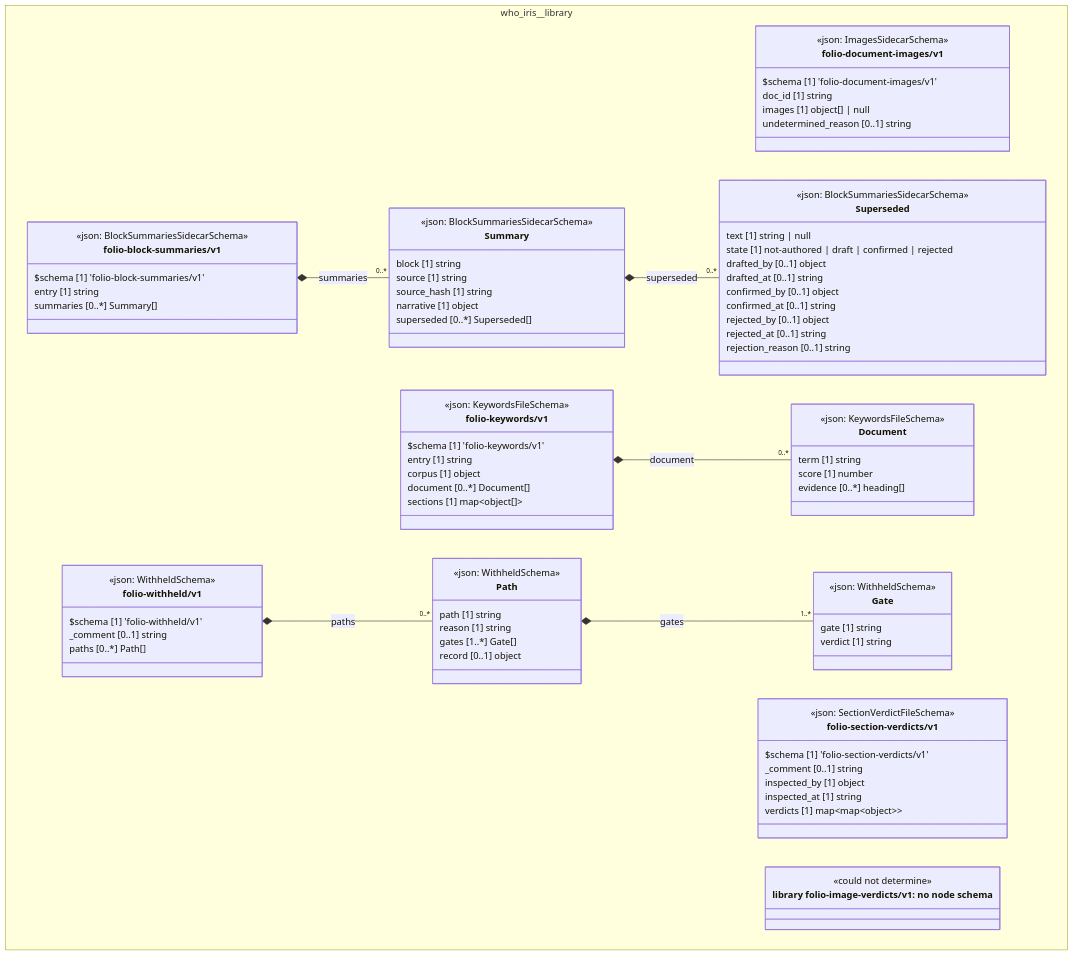
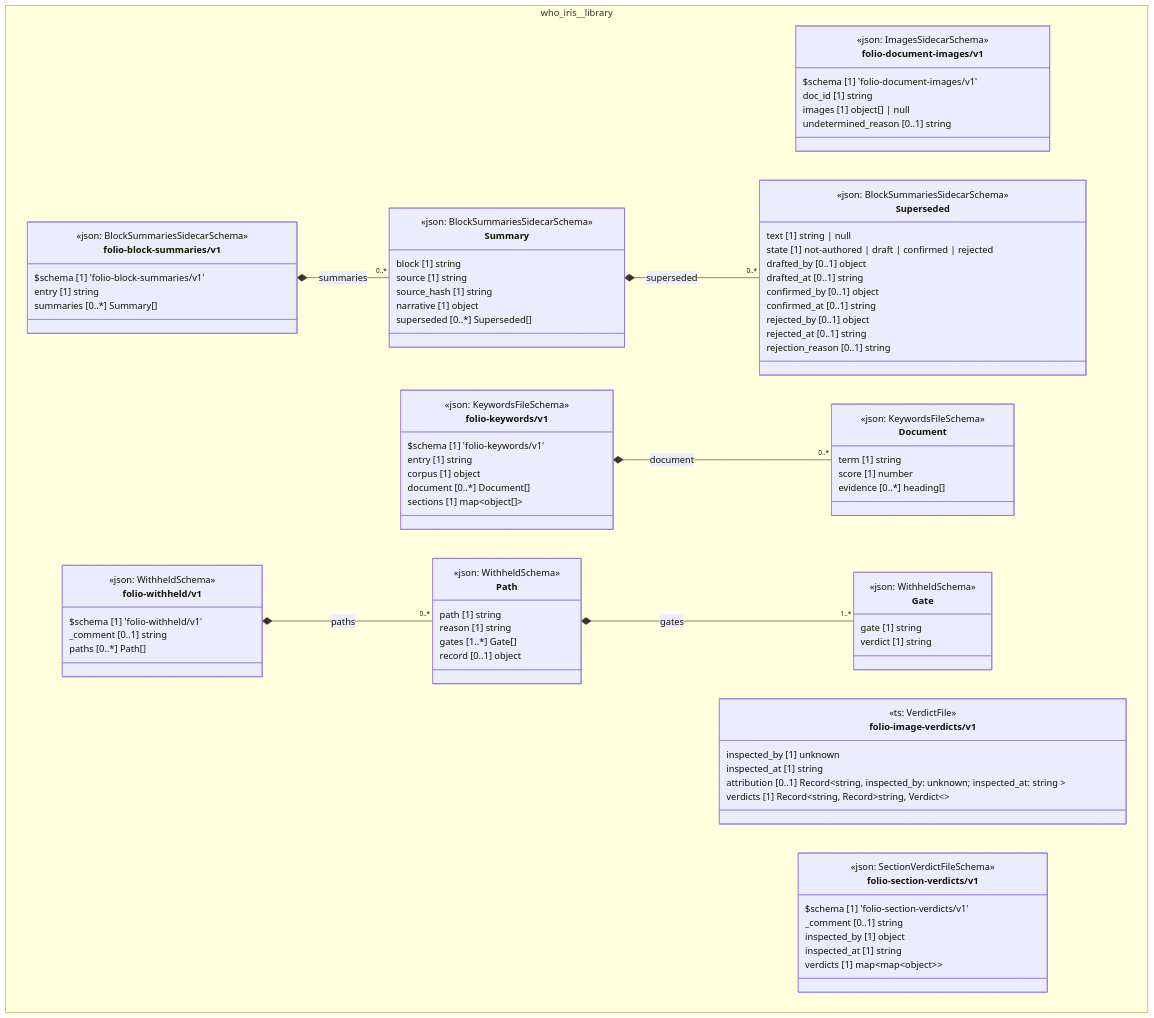
One commit to litlfred/cat-harness changed the diagram in docs/uml/overview/who-iris/library.md. Above: the diagram before and after it, drawn with Mermaid. The commit also changed other lines of this file and 404 other files, not shown here.

````diff
--- a/docs/uml/overview/who-iris/library.md
+++ b/docs/uml/overview/who-iris/library.md
@@ -54,6 +54,13 @@
       doc_id [1] string
       images [1] object[] | null
       undetermined_reason [0..1] string
+    }
+    class who_iris_library_folio_image_verdicts_v1["folio-image-verdicts/v1"] {
+      <<ts: VerdictFile>>
+      inspected_by [1] unknown
+      inspected_at [1] string
+      attribution [0..1] Record~string,  inspected_by: unknown; inspected_at: string ~
+      verdicts [1] Record~string, Record~string, Verdict~~
     }
     class who_iris_library_folio_section_verdicts_v1_folio_section_verdicts_v1["folio-section-verdicts/v1"] {
       <<json: SectionVerdictFileSchema>>
@@ -121,9 +128,6 @@
       _comment [0..1] string
       paths [0..*] Path[]
     }
-    class n_who_iris_library_library_folio_image_verdicts_v1["library folio-image-verdicts/v1: no node schema"] {
-      <<could not determine>>
-    }
   }
   who_iris_library_folio_block_summaries_v1_Summary *-- "0..*" who_iris_library_folio_block_summaries_v1_Superseded : superseded
   who_iris_library_folio_block_summaries_v1_folio_block_summaries_v1 *-- "0..*" who_iris_library_folio_block_summaries_v1_Summary : summaries
@@ -131,6 +135,7 @@
   who_iris_library_folio_withheld_v1_Path *-- "1..*" who_iris_library_folio_withheld_v1_Gate : gates
   who_iris_library_folio_withheld_v1_folio_withheld_v1 *-- "0..*" who_iris_library_folio_withheld_v1_Path : paths
   cssClass "who_iris_library_folio_document_images_v1_folio_document_images_v1" fa_uml_kind_library
+  cssClass "who_iris_library_folio_image_verdicts_v1" fa_uml_kind_library
   cssClass "who_iris_library_folio_section_verdicts_v1_folio_section_verdicts_v1" fa_uml_kind_library
   cssClass "who_iris_library_folio_block_summaries_v1_Superseded" fa_uml_kind_library
   cssClass "who_iris_library_folio_block_summaries_v1_Summary" fa_uml_kind_library
@@ -140,6 +145,4 @@
   cssClass "who_iris_library_folio_withheld_v1_Gate" fa_uml_kind_library
   cssClass "who_iris_library_folio_withheld_v1_Path" fa_uml_kind_library
   cssClass "who_iris_library_folio_withheld_v1_folio_withheld_v1" fa_uml_kind_library
-  cssClass "n_who_iris_library_library_folio_image_verdicts_v1" fa_uml_kind_library_folio_image_verdicts_v1
-  cssClass "n_who_iris_library_library_folio_image_verdicts_v1" fa_uml_undetermined
 ```
````
